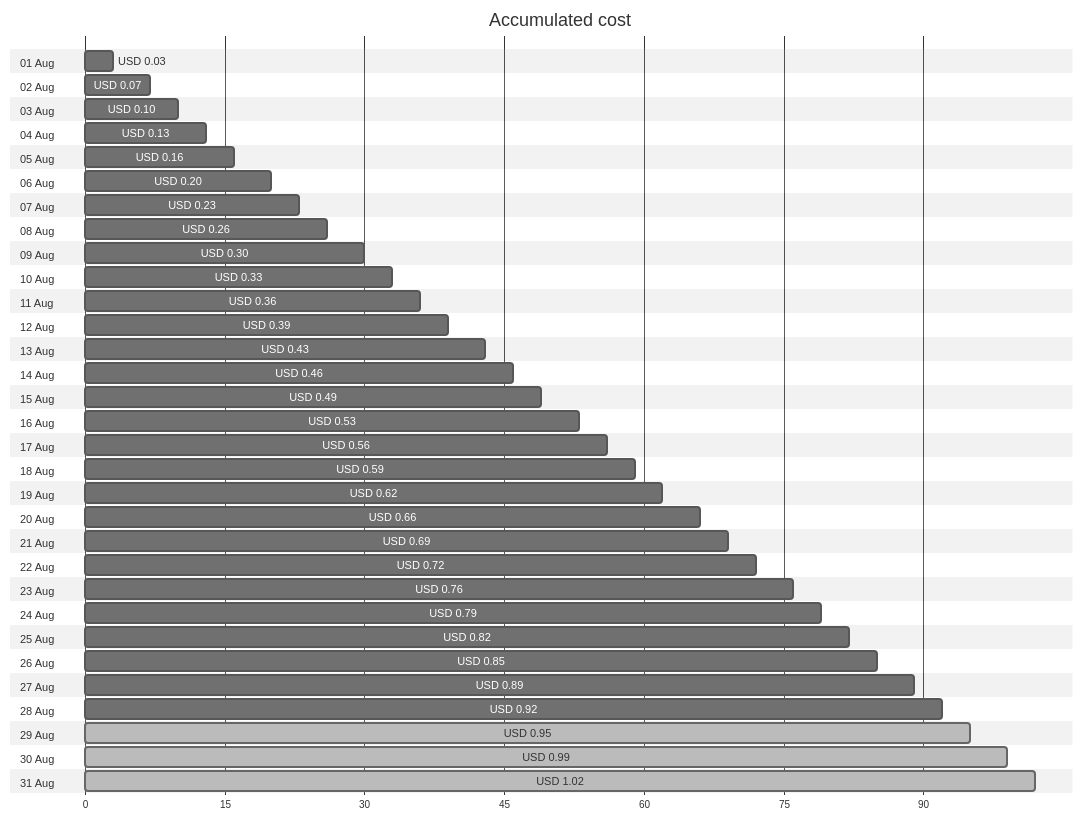
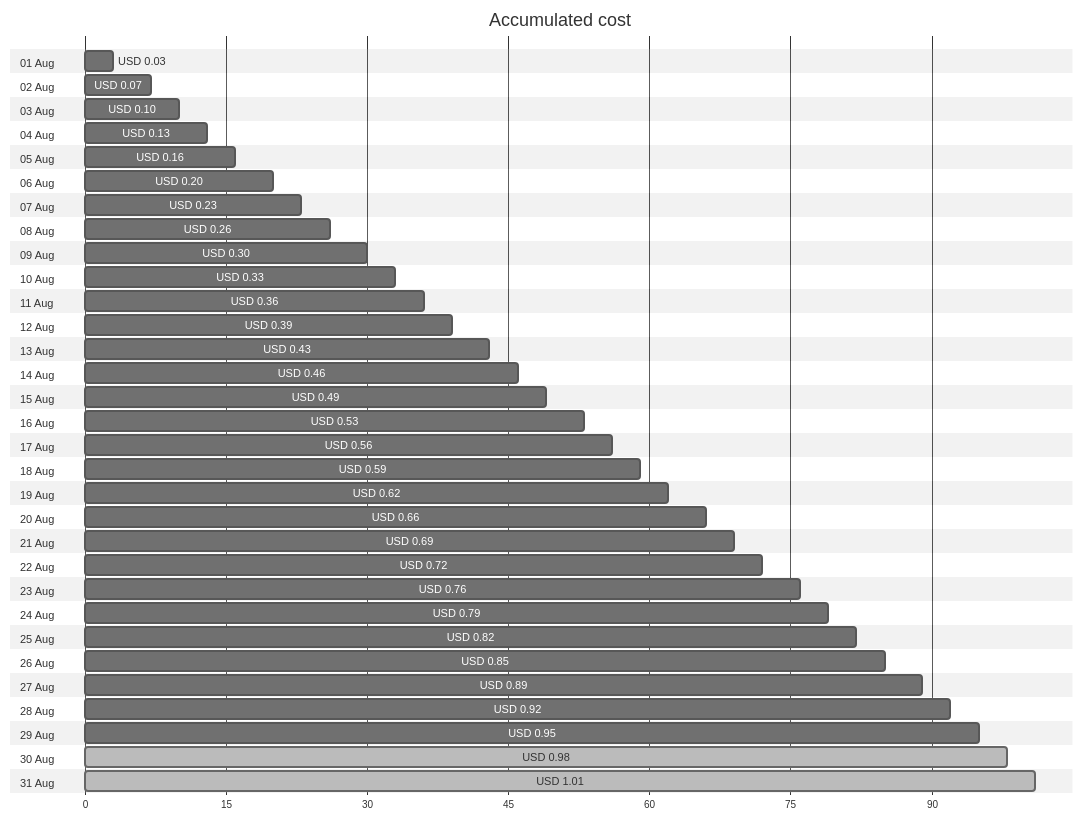
One commit to jpfulton/azure-personal-reports changed the first of 4 diagrams in cost-reports/personal-dns/README.md. Above: the diagram before and after it, drawn with Mermaid (neutral theme). The commit also changed other lines of this file and 2 other files, not shown here.

````diff
--- a/cost-reports/personal-dns/README.md
+++ b/cost-reports/personal-dns/README.md
@@ -20,68 +20,68 @@
 ```mermaid
 gantt
    title Accumulated cost
    dateFormat  X
    axisFormat %s
    section 01 Aug
    USD 0.03 :0, 3
    section 02 Aug
    USD 0.07 :0, 7
    section 03 Aug
    USD 0.10 :0, 10
    section 04 Aug
    USD 0.13 :0, 13
    section 05 Aug
    USD 0.16 :0, 16
    section 06 Aug
    USD 0.20 :0, 20
    section 07 Aug
    USD 0.23 :0, 23
    section 08 Aug
    USD 0.26 :0, 26
    section 09 Aug
    USD 0.30 :0, 30
    section 10 Aug
    USD 0.33 :0, 33
    section 11 Aug
    USD 0.36 :0, 36
    section 12 Aug
    USD 0.39 :0, 39
    section 13 Aug
    USD 0.43 :0, 43
    section 14 Aug
    USD 0.46 :0, 46
    section 15 Aug
    USD 0.49 :0, 49
    section 16 Aug
    USD 0.53 :0, 53
    section 17 Aug
    USD 0.56 :0, 56
    section 18 Aug
    USD 0.59 :0, 59
    section 19 Aug
    USD 0.62 :0, 62
    section 20 Aug
    USD 0.66 :0, 66
    section 21 Aug
    USD 0.69 :0, 69
    section 22 Aug
    USD 0.72 :0, 72
    section 23 Aug
    USD 0.76 :0, 76
    section 24 Aug
    USD 0.79 :0, 79
    section 25 Aug
    USD 0.82 :0, 82
    section 26 Aug
    USD 0.85 :0, 85
    section 27 Aug
    USD 0.89 :0, 89
    section 28 Aug
    USD 0.92 :0, 92
    section 29 Aug
-   USD 0.95 : done, 0, 95
+   USD 0.95 :0, 95
    section 30 Aug
-   USD 0.99 : done, 0, 99
+   USD 0.98 : done, 0, 98
    section 31 Aug
-   USD 1.02 : done, 0, 102
+   USD 1.01 : done, 0, 101
 ```
````
